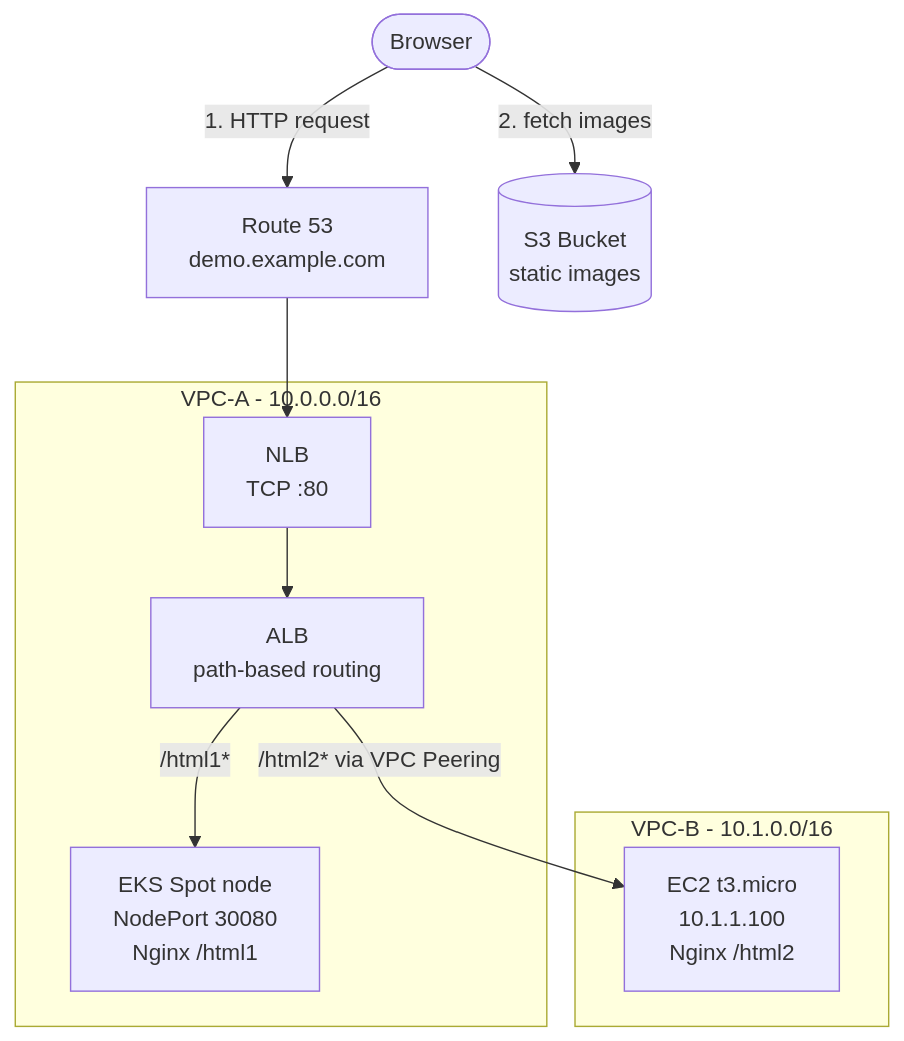
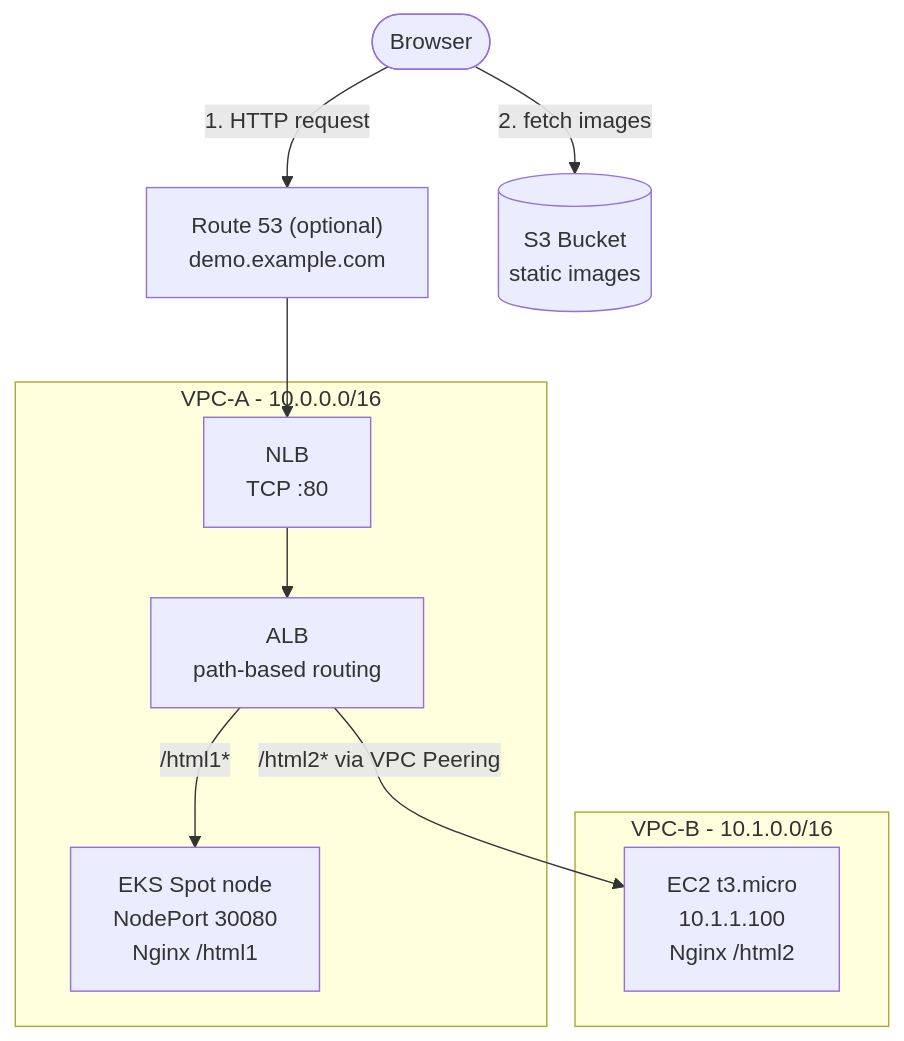
One commit to lucaskoh/demo_tf_for_aws changed the first of 2 diagrams in README.md. Above: the diagram before and after it, drawn with Mermaid. The commit also changed other lines of this file and 8 other files, not shown here.

````diff
--- a/README.md
+++ b/README.md
@@ -39,24 +39,24 @@
 ```mermaid
 flowchart TB
     user([Browser])
-    r53["Route 53<br/>demo.example.com"]
+    r53["Route 53 (optional)<br/>demo.example.com"]
     s3[("S3 Bucket<br/>static images")]
 
     user -->|"1. HTTP request"| r53
     user -->|"2. fetch images"| s3
 
     subgraph VPC_A["VPC-A - 10.0.0.0/16"]
         nlb["NLB<br/>TCP :80"]
         alb["ALB<br/>path-based routing"]
         eks["EKS Spot node<br/>NodePort 30080<br/>Nginx /html1"]
         nlb --> alb
         alb -->|"/html1*"| eks
     end
 
     subgraph VPC_B["VPC-B - 10.1.0.0/16"]
         ec2["EC2 t3.micro<br/>10.1.1.100<br/>Nginx /html2"]
     end
 
     r53 --> nlb
     alb -->|"/html2* via VPC Peering"| ec2
 ```
````
